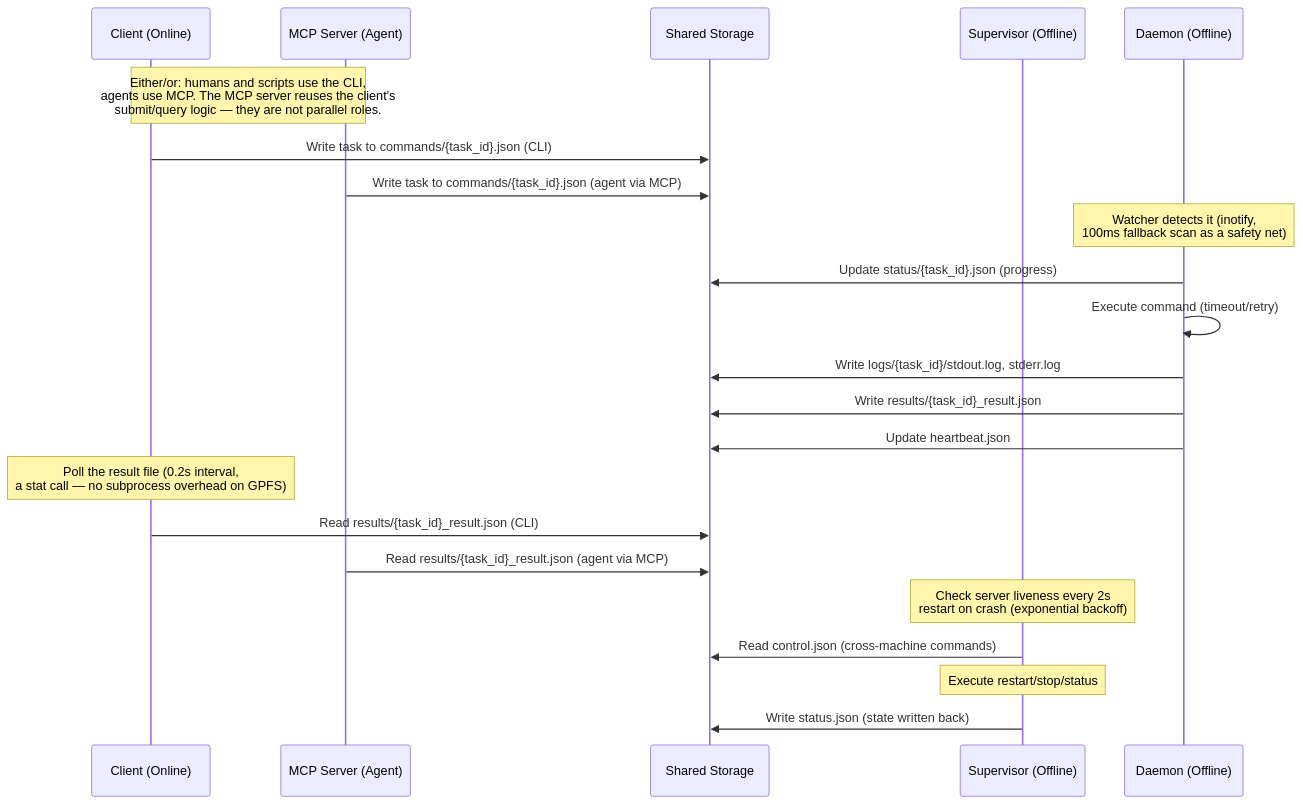
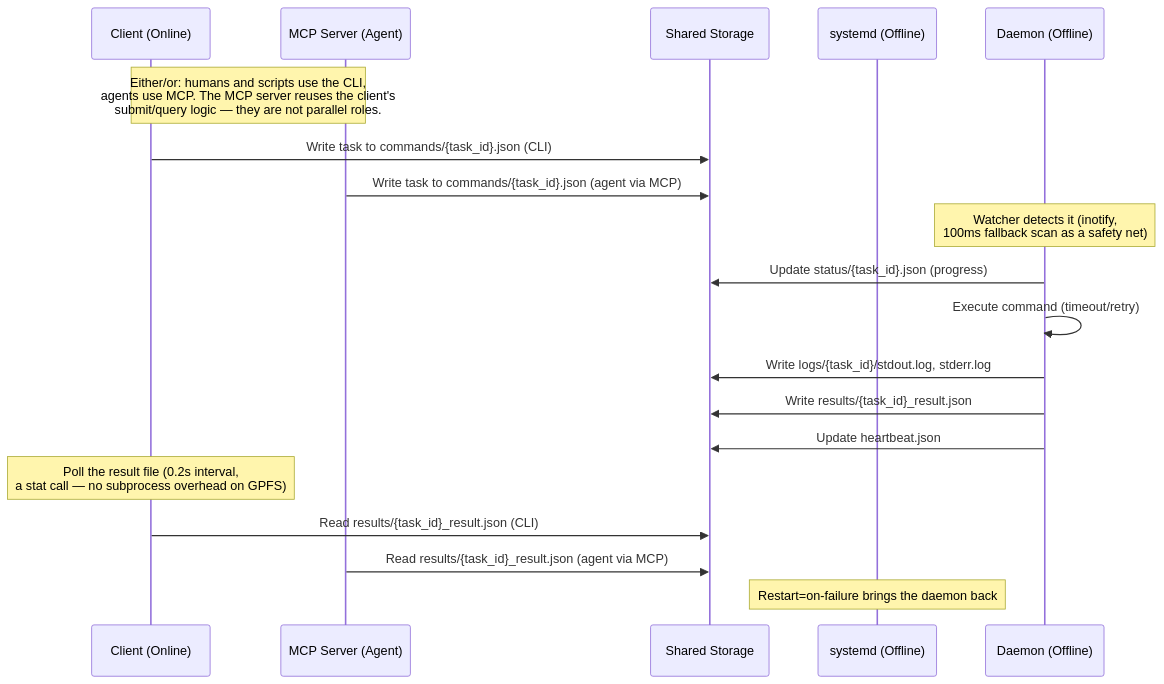
The third of 3 diagrams in README.md (peterlau123/bifrost), drawn with Mermaid before and after one commit. The commit also changed other lines of this file and 12 other files, not shown here.

````diff
--- a/README.md
+++ b/README.md
@@ -176,25 +170,22 @@
 ```mermaid
 sequenceDiagram
     participant C as Client (Online)
     participant M as MCP Server (Agent)
     participant S as Shared Storage
-    participant V as Supervisor (Offline)
+    participant V as systemd (Offline)
     participant D as Daemon (Offline)
 
     Note over C,M: Either/or: humans and scripts use the CLI,<br/>agents use MCP. The MCP server reuses the client's<br/>submit/query logic — they are not parallel roles.
     C->>S: Write task to commands/{task_id}.json (CLI)
     M->>S: Write task to commands/{task_id}.json (agent via MCP)
     Note over D: Watcher detects it (inotify,<br/>100ms fallback scan as a safety net)
     D->>S: Update status/{task_id}.json (progress)
     D->>D: Execute command (timeout/retry)
     D->>S: Write logs/{task_id}/stdout.log, stderr.log
     D->>S: Write results/{task_id}_result.json
     D->>S: Update heartbeat.json
     Note over C: Poll the result file (0.2s interval,<br/>a stat call — no subprocess overhead on GPFS)
     C->>S: Read results/{task_id}_result.json (CLI)
     M->>S: Read results/{task_id}_result.json (agent via MCP)
-    Note over V: Check server liveness every 2s<br/>restart on crash (exponential backoff)
-    V->>S: Read control.json (cross-machine commands)
-    Note over V: Execute restart/stop/status
-    V->>S: Write status.json (state written back)
+    Note over V: Restart=on-failure brings the daemon back
 ```
````
